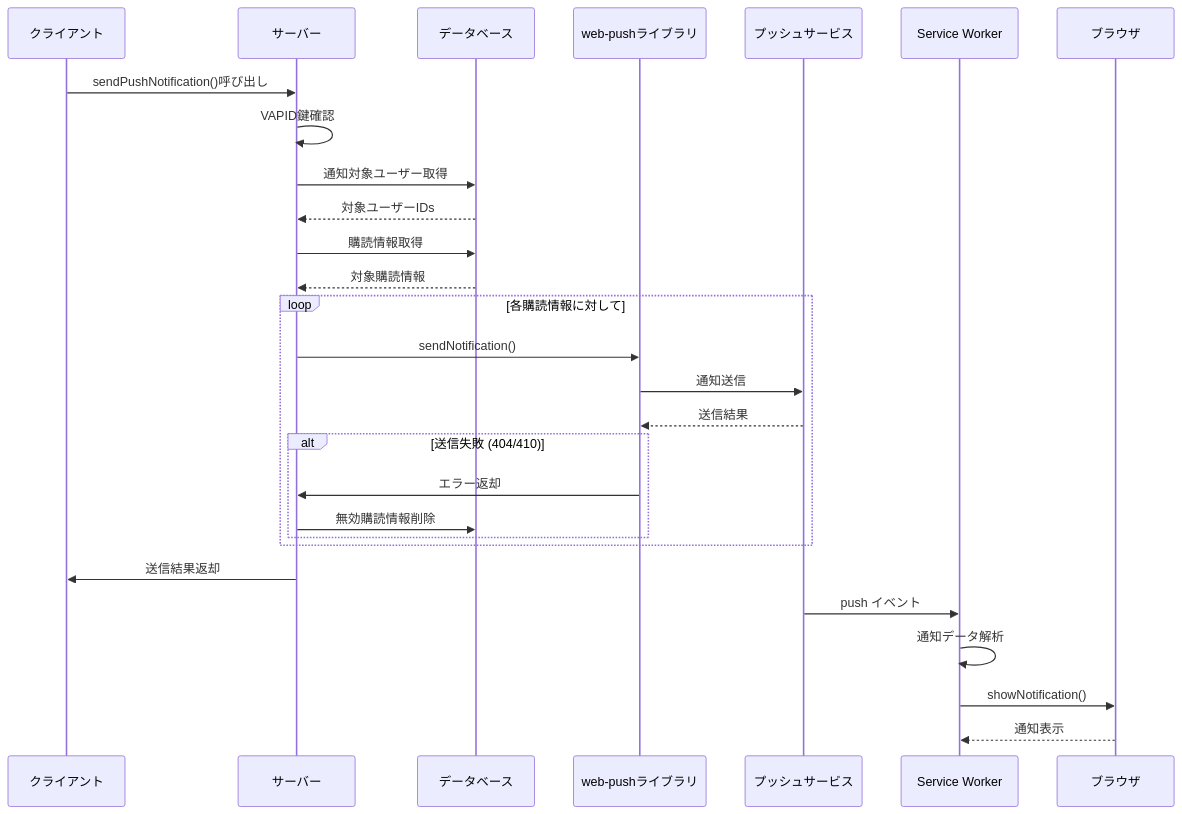
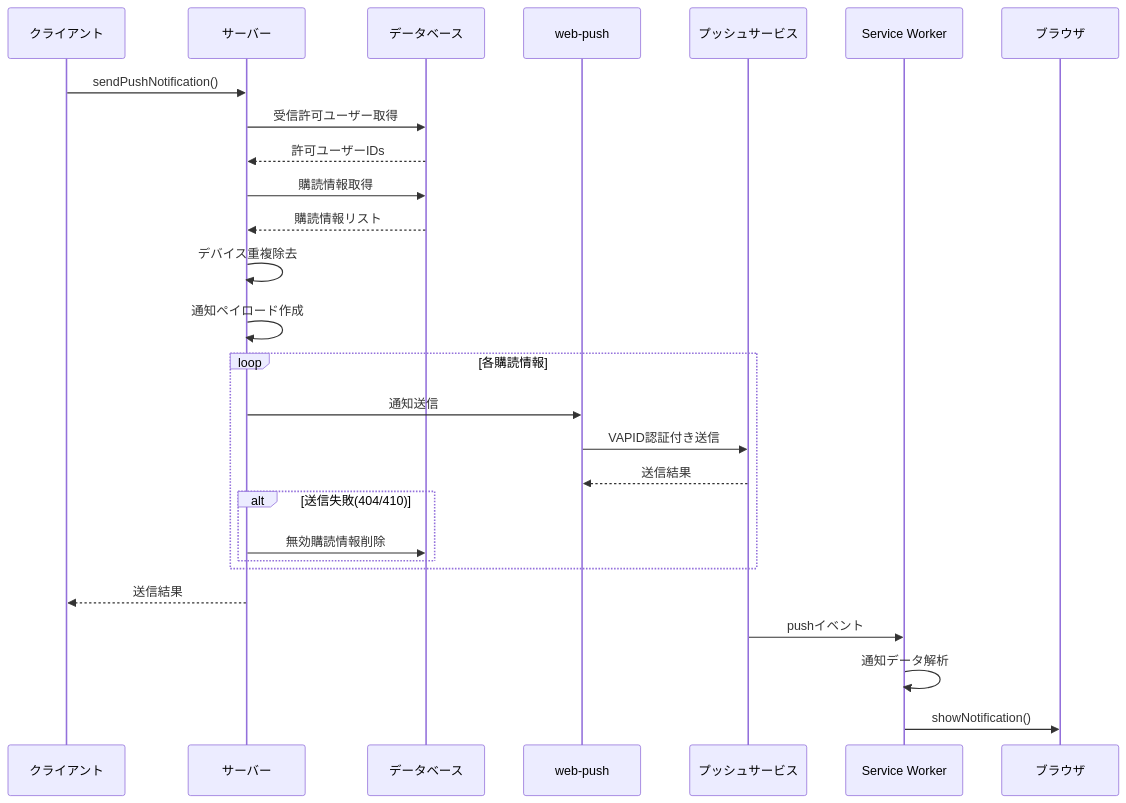
The second of 3 diagrams in specification/push-notification.md (yuichisugio/freeism), drawn with Mermaid before and after one commit. The commit also changed other lines of this file, not shown here.

Commit message:
docs: push-notificationの仕様をmarkdownでまとめた！

````diff
--- a/specification/push-notification.md
+++ b/specification/push-notification.md
@@ -550,35 +609,35 @@
 ```mermaid
 sequenceDiagram
     participant Client as クライアント
     participant Server as サーバー
     participant DB as データベース
-    participant WebPush as web-pushライブラリ
+    participant WebPush as web-push
     participant PS as プッシュサービス
     participant SW as Service Worker
     participant Browser as ブラウザ
 
-    Client->>Server: sendPushNotification()呼び出し
-    Server->>Server: VAPID鍵確認
-    Server->>DB: 通知対象ユーザー取得
-    DB-->>Server: 対象ユーザーIDs
+    Client->>Server: sendPushNotification()
+    Server->>DB: 受信許可ユーザー取得
+    DB-->>Server: 許可ユーザーIDs
     Server->>DB: 購読情報取得
-    DB-->>Server: 対象購読情報
+    DB-->>Server: 購読情報リスト
 
-    loop 各購読情報に対して
-        Server->>WebPush: sendNotification()
-        WebPush->>PS: 通知送信
+    Server->>Server: デバイス重複除去
+    Server->>Server: 通知ペイロード作成
+
+    loop 各購読情報
+        Server->>WebPush: 通知送信
+        WebPush->>PS: VAPID認証付き送信
         PS-->>WebPush: 送信結果
 
-        alt 送信失敗 (404/410)
-            WebPush->>Server: エラー返却
+        alt 送信失敗(404/410)
             Server->>DB: 無効購読情報削除
         end
     end
 
-    Server->>Client: 送信結果返却
+    Server-->>Client: 送信結果
 
-    PS->>SW: push イベント
+    PS->>SW: pushイベント
     SW->>SW: 通知データ解析
     SW->>Browser: showNotification()
-    Browser-->>SW: 通知表示
 ```
````
